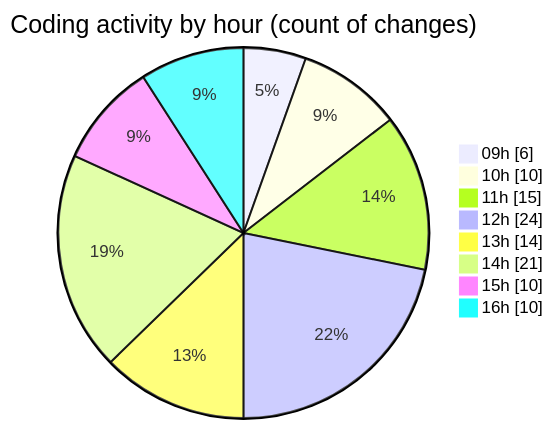
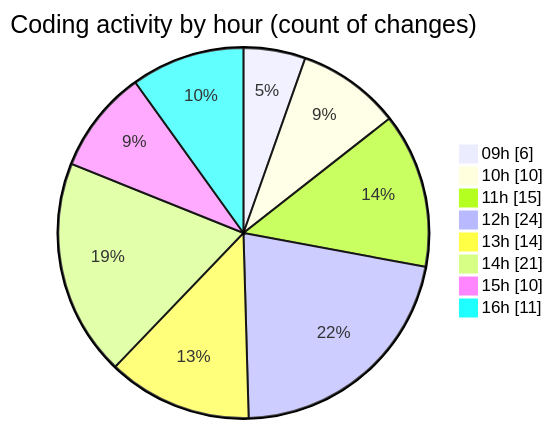
Before and after one commit to momahboobian/code-tracking: the second of 2 diagrams in 2025-06-04/cda/README.md, drawn with Mermaid. The commit also changed other lines of this file and 1 other file, not shown here.

````diff
--- a/2025-06-04/cda/README.md
+++ b/2025-06-04/cda/README.md
@@ -45,12 +45,12 @@
 ```mermaid
 pie showData
 title Coding activity by hour (count of changes)
 "09h" : 6
 "10h" : 10
 "11h" : 15
 "12h" : 24
 "13h" : 14
 "14h" : 21
 "15h" : 10
-"16h" : 10
+"16h" : 11
 ```
````
